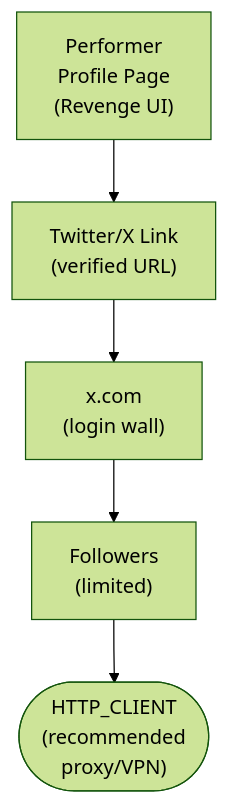
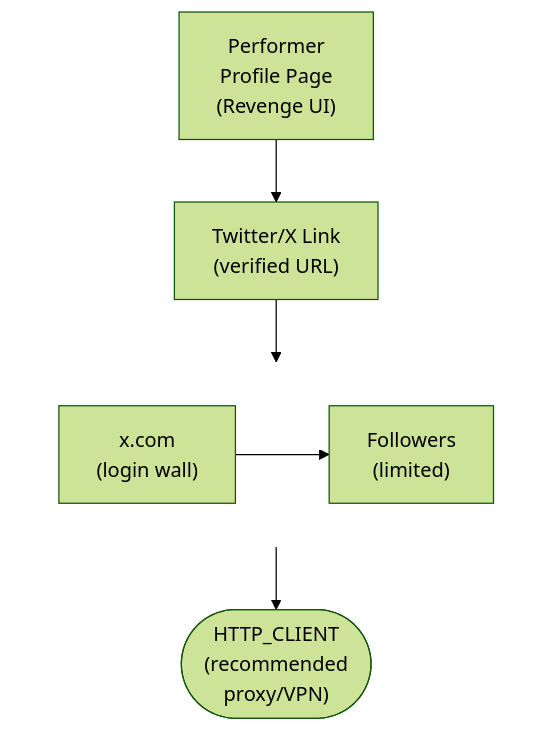
Before and after one commit to lusoris/revenge: the diagram in docs/dev/design/integrations/metadata/adult/TWITTER_X.md, drawn with Mermaid (forest theme). The commit also changed 210 other files, not shown here.

First line of the commit message:
feat(docs): Add horizontal layout support for Mermaid diagrams

````diff
--- a/docs/dev/design/integrations/metadata/adult/TWITTER_X.md
+++ b/docs/dev/design/integrations/metadata/adult/TWITTER_X.md
@@ -59,12 +59,18 @@
 ```mermaid
 flowchart TD
     node1["Performer<br/>Profile Page<br/>(Revenge UI)"]
     node2["Twitter/X Link<br/>(verified URL)"]
-    node3["x.com<br/>(login wall)"]
-    node4["Followers<br/>(limited)"]
+    subgraph row1[ ]
+        direction LR
+        node3["x.com<br/>(login wall)"]
+        node4["Followers<br/>(limited)"]
+    end
     node5(["HTTP_CLIENT<br/>(recommended<br/>proxy/VPN)"])
     node3 --> node4
     node1 --> node2
     node2 --> node3
     node4 --> node5
+
+    %% Hide row subgraph borders
+    style row1 fill:transparent,stroke:transparent
 ```
````
